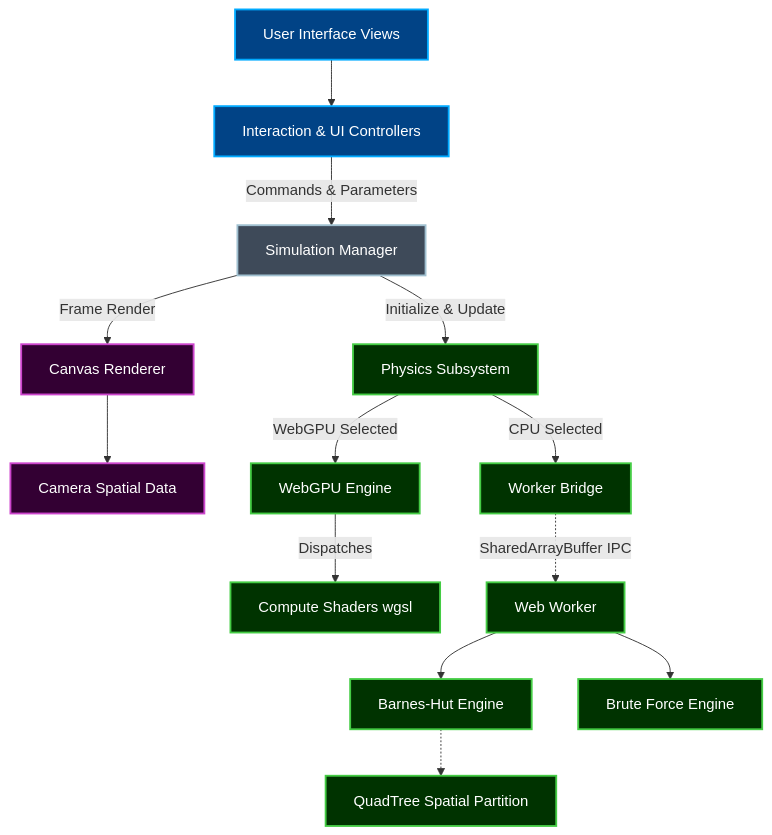
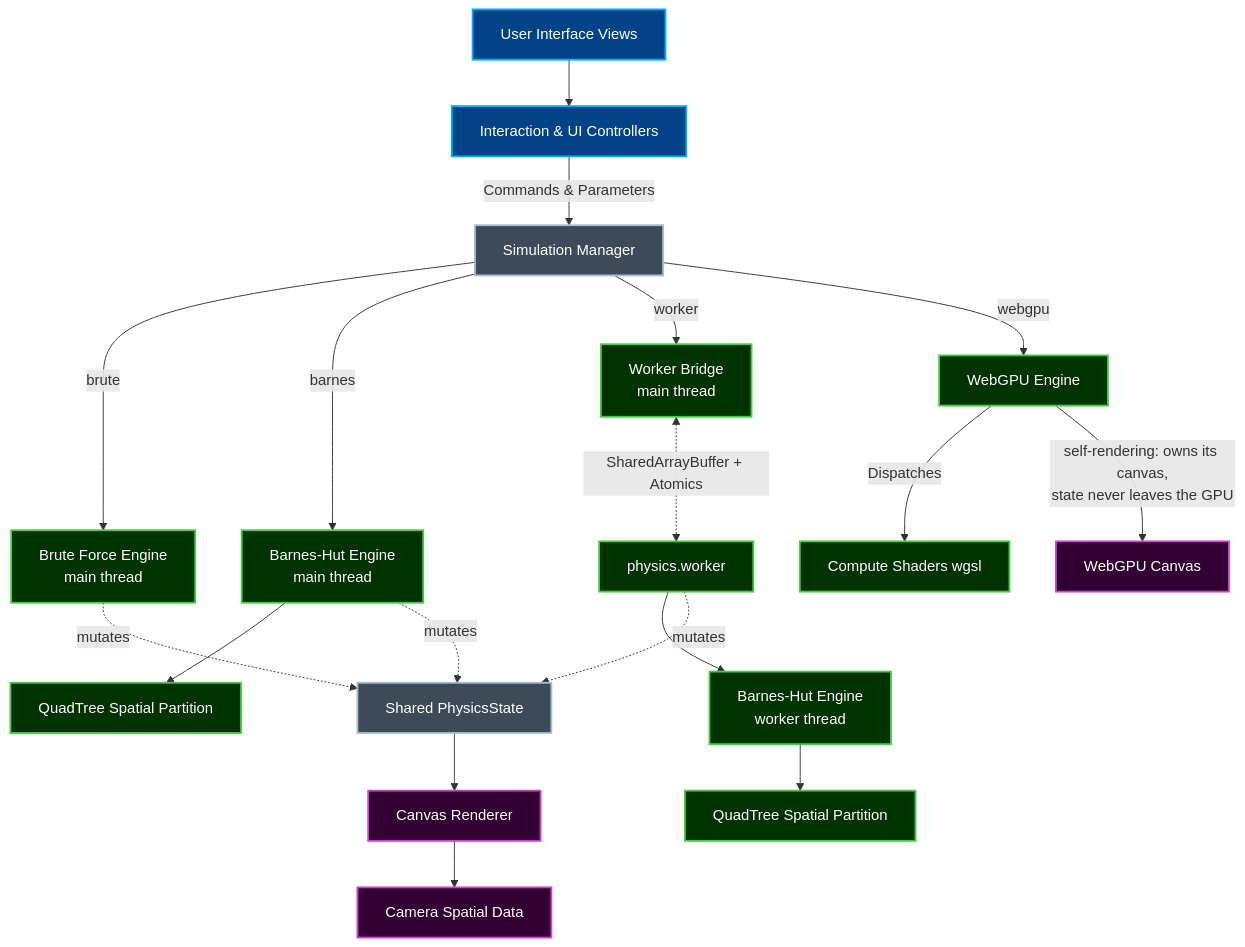
The diagram in README.md (sahmed0/galaxy-n-body-simulation), drawn with Mermaid before and after one commit. The commit also changed other lines of this file and 1 other file, not shown here.

````diff
--- a/README.md
+++ b/README.md
@@ -112,25 +173,29 @@
 ```mermaid
 graph TD
     classDef ui fill:#014386,stroke:#00aaff,stroke-width:2px,color:#fff;
     classDef core fill:#3e4a59,stroke:#a0c0d0,stroke-width:2px,color:#fff;
     classDef physics fill:#003300,stroke:#44cc44,stroke-width:2px,color:#fff;
     classDef render fill:#330033,stroke:#cc44cc,stroke-width:2px,color:#fff;
 
     A[User Interface Views]:::ui --> B[Interaction & UI Controllers]:::ui
     B -->|Commands & Parameters| C[Simulation Manager]:::core
 
-    C -->|Initialize & Update| D[Physics Subsystem]:::physics
-    C -->|Frame Render| E[Canvas Renderer]:::render
+    C -->|brute| D[Brute Force Engine<br/>main thread]:::physics
+    C -->|barnes| E[Barnes-Hut Engine<br/>main thread]:::physics
+    C -->|worker| F[Worker Bridge<br/>main thread]:::physics
+    C -->|webgpu| G[WebGPU Engine]:::physics
 
-    E --> F[Camera Spatial Data]:::render
+    E --> H[QuadTree Spatial Partition]:::physics
+    F <-.->|SharedArrayBuffer + Atomics| I[physics.worker]:::physics
+    I --> J[Barnes-Hut Engine<br/>worker thread]:::physics
+    J --> K[QuadTree Spatial Partition]:::physics
+    G -->|Dispatches| L[Compute Shaders wgsl]:::physics
 
-    D -->|WebGPU Selected| G[WebGPU Engine]:::physics
-    G -->|Dispatches| H[Compute Shaders wgsl]:::physics
+    D -.->|mutates| M[Shared PhysicsState]:::core
+    E -.->|mutates| M
+    I -.->|mutates| M
+    M --> N[Canvas Renderer]:::render
+    N --> O[Camera Spatial Data]:::render
 
-    D -->|CPU Selected| I[Worker Bridge]:::physics
-    I -.->|SharedArrayBuffer IPC| J[Web Worker]:::physics
-
-    J --> K[Barnes-Hut Engine]:::physics
-    K -.-> L[QuadTree Spatial Partition]:::physics
-    J --> M[Brute Force Engine]:::physics
+    G -->|self-rendering: owns its canvas,<br/>state never leaves the GPU| P[WebGPU Canvas]:::render
 ```
````
